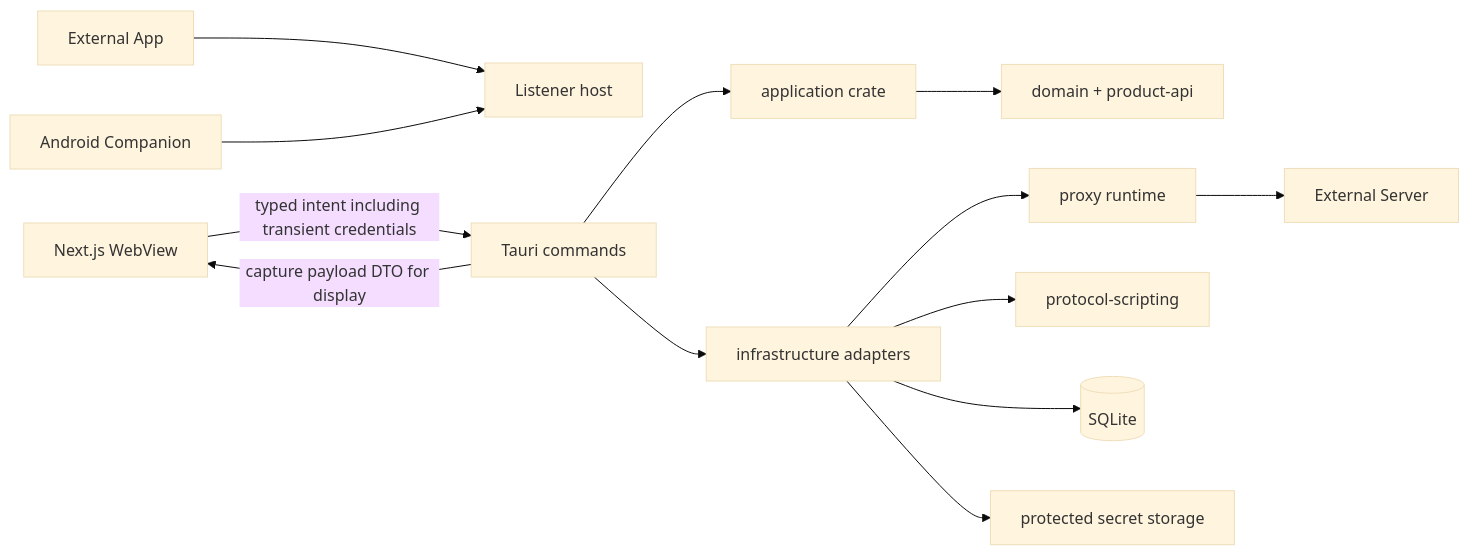
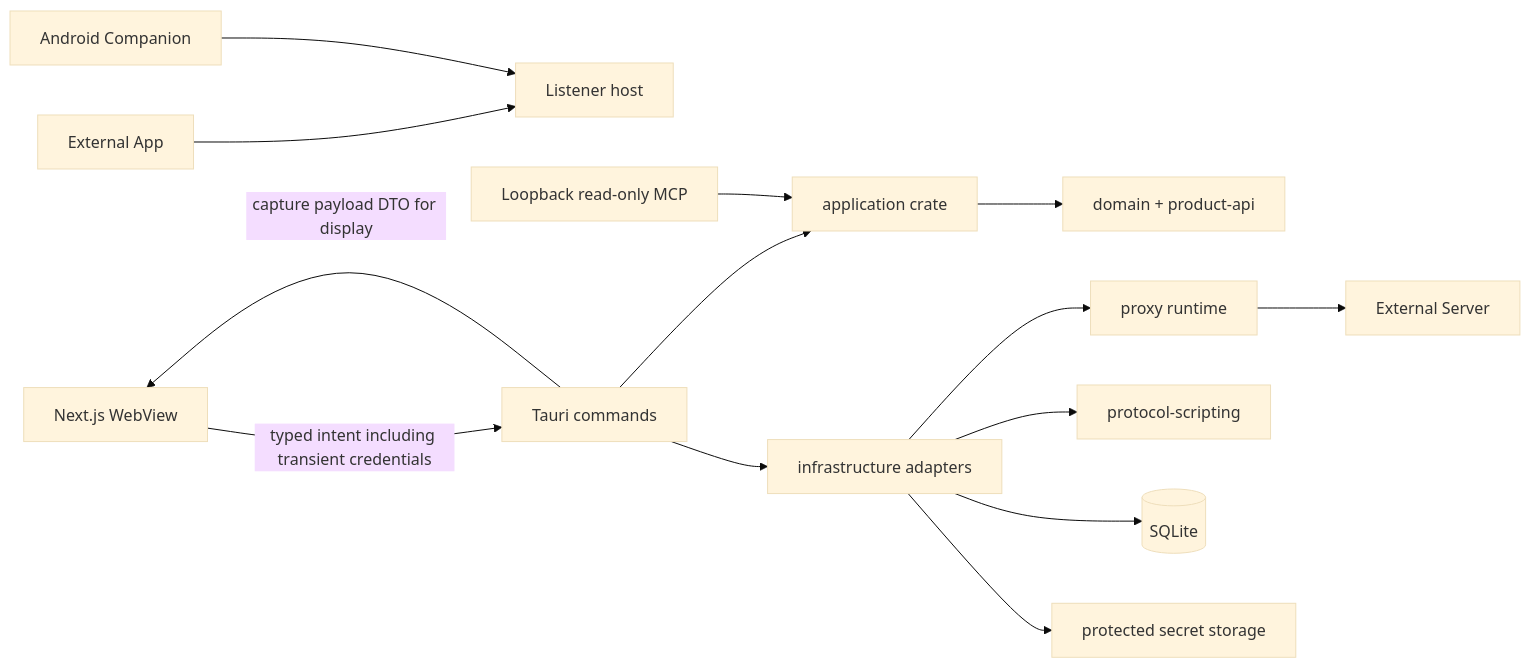
The diagram in docs/architecture/system-context.md (kouxko/gmofg-payment-proxy), drawn with Mermaid (base theme) before and after one commit. The commit also changed other lines of this file and 324 other files, not shown here.

````diff
--- a/docs/architecture/system-context.md
+++ b/docs/architecture/system-context.md
@@ -8,15 +8,16 @@
 ```mermaid
 flowchart LR
   App[External App] --> Host[Listener host]
   WebView[Next.js WebView] -->|typed intent including transient credentials| Tauri[Tauri commands]
   Tauri -->|capture payload DTO for display| WebView
   Tauri --> Application[application crate]
   Application --> Domain[domain + product-api]
   Tauri --> Infrastructure[infrastructure adapters]
+  MCP[Loopback read-only MCP] --> Application
   Infrastructure --> Runtime[proxy runtime]
   Infrastructure --> Scripts[protocol-scripting]
   Infrastructure --> SQLite[(SQLite)]
   Infrastructure --> Secrets[protected secret storage]
   Runtime --> Server[External Server]
   Companion[Android Companion] --> Host
 ```
````
